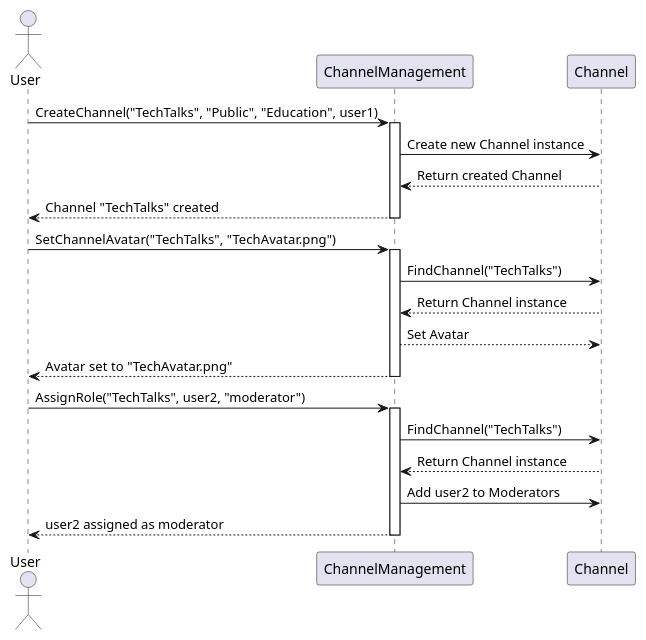
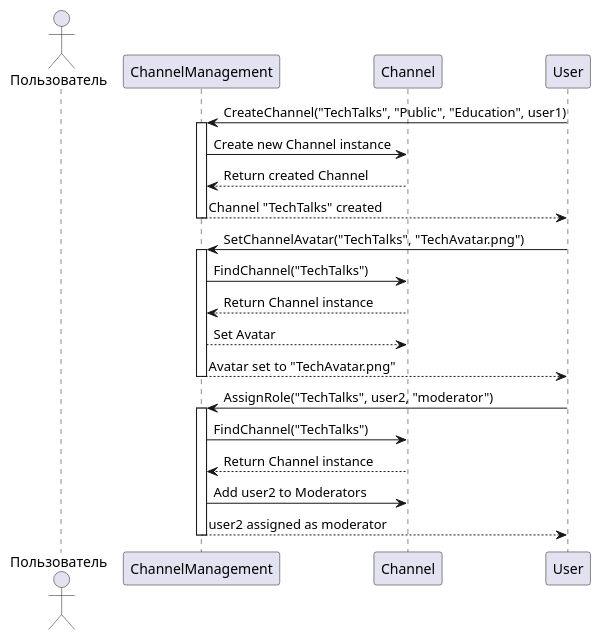
Before and after one commit to penamarth/bsbo-13-22_team4_var5: the diagram in precedents/channel_creation.md, drawn with PlantUML. The commit also changed other lines of this file, not shown here.

Commit message:
добавил картинку для диаграммы

````diff
--- a/precedents/channel_creation.md
+++ b/precedents/channel_creation.md
@@ -172,38 +173,38 @@
 ```plantuml
 @startuml
 
-actor User
+actor Пользователь
 participant "ChannelManagement" as CM
 participant "Channel" as Channel
 
 ' Создание канала
 User -> CM : CreateChannel("TechTalks", "Public", "Education", user1)
 activate CM
 CM -> Channel : Create new Channel instance
 Channel --> CM : Return created Channel
 CM --> User : Channel "TechTalks" created
 
 deactivate CM
 
 ' Установка аватарки
 User -> CM : SetChannelAvatar("TechTalks", "TechAvatar.png")
 activate CM
 CM -> Channel : FindChannel("TechTalks")
 Channel --> CM : Return Channel instance
 CM --> Channel : Set Avatar
 CM --> User : Avatar set to "TechAvatar.png"
 
 deactivate CM
 
 ' Назначение ролей
 User -> CM : AssignRole("TechTalks", user2, "moderator")
 activate CM
 CM -> Channel : FindChannel("TechTalks")
 Channel --> CM : Return Channel instance
 CM -> Channel : Add user2 to Moderators
 CM --> User : user2 assigned as moderator
 
 deactivate CM
 
 @enduml
 ```
````
